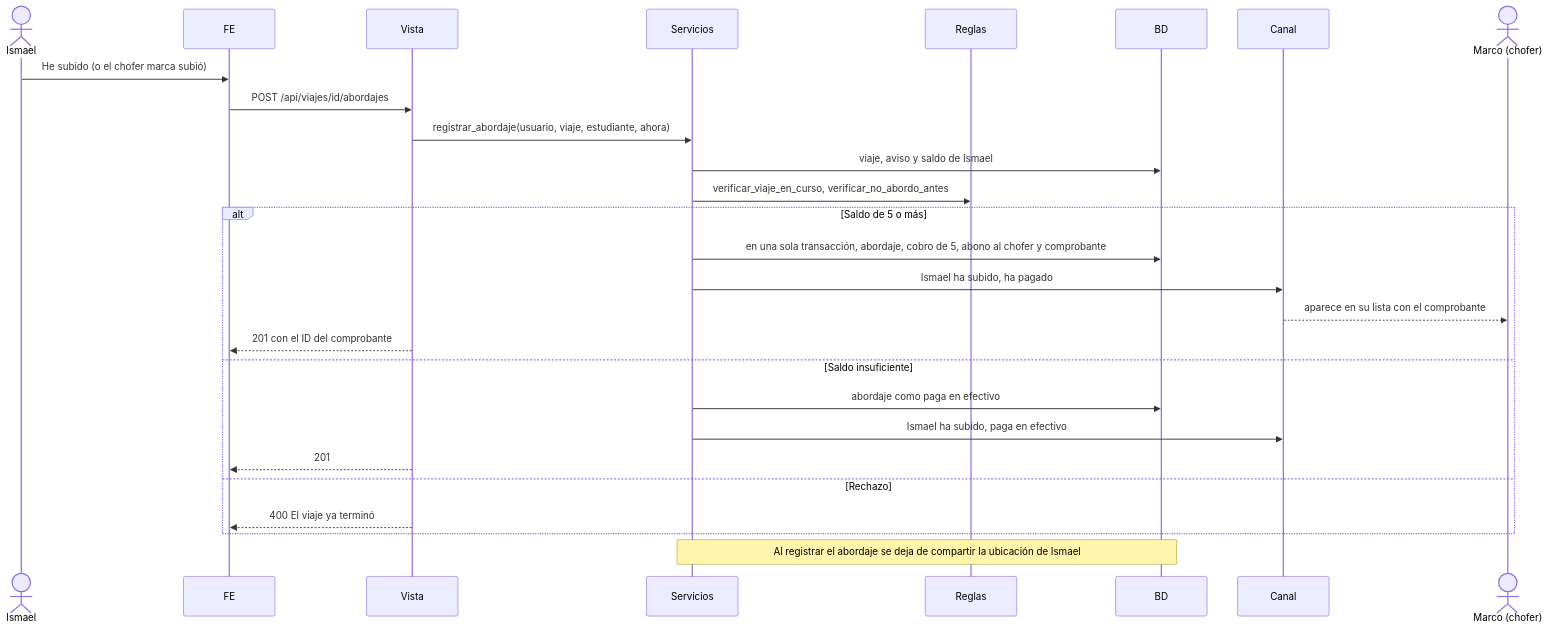
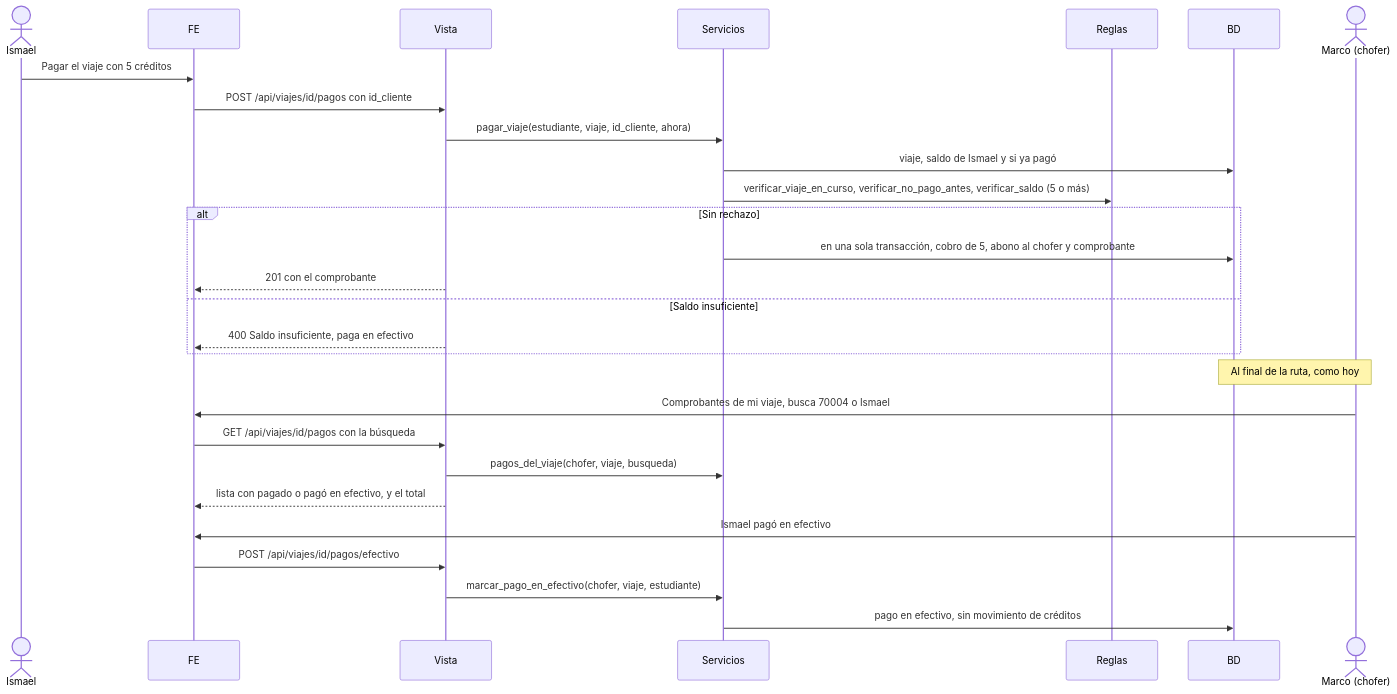
One commit to hugozuniga770/UPBus changed diagram 11 of 19 in docs/diagramas-secuencia.md. Above: the diagram before and after it, drawn with Mermaid. The commit also changed other lines of this file and 8 other files, not shown here.

````diff
--- a/docs/diagramas-secuencia.md
+++ b/docs/diagramas-secuencia.md
@@ -278,29 +305,30 @@
 ```mermaid
 sequenceDiagram
     actor E as Ismael
     participant FE
     participant V as Vista
     participant S as Servicios
     participant R as Reglas
     participant B as BD
-    participant W as Canal
     actor C as Marco (chofer)
-    E->>FE: He subido (o el chofer marca subió)
-    FE->>V: POST /api/viajes/id/abordajes
-    V->>S: registrar_abordaje(usuario, viaje, estudiante, ahora)
-    S->>B: viaje, aviso y saldo de Ismael
-    S->>R: verificar_viaje_en_curso, verificar_no_abordo_antes
-    alt Saldo de 5 o más
-        S->>B: en una sola transacción, abordaje, cobro de 5, abono al chofer y comprobante
-        S->>W: Ismael ha subido, ha pagado
-        W-->>C: aparece en su lista con el comprobante
-        V-->>FE: 201 con el ID del comprobante
+    E->>FE: Pagar el viaje con 5 créditos
+    FE->>V: POST /api/viajes/id/pagos con id_cliente
+    V->>S: pagar_viaje(estudiante, viaje, id_cliente, ahora)
+    S->>B: viaje, saldo de Ismael y si ya pagó
+    S->>R: verificar_viaje_en_curso, verificar_no_pago_antes, verificar_saldo (5 o más)
+    alt Sin rechazo
+        S->>B: en una sola transacción, cobro de 5, abono al chofer y comprobante
+        V-->>FE: 201 con el comprobante
     else Saldo insuficiente
-        S->>B: abordaje como paga en efectivo
-        S->>W: Ismael ha subido, paga en efectivo
-        V-->>FE: 201
-    else Rechazo
-        V-->>FE: 400 El viaje ya terminó
+        V-->>FE: 400 Saldo insuficiente, paga en efectivo
     end
-    Note over S,B: Al registrar el abordaje se deja de compartir la ubicación de Ismael
+    Note over C,B: Al final de la ruta, como hoy
+    C->>FE: Comprobantes de mi viaje, busca 70004 o Ismael
+    FE->>V: GET /api/viajes/id/pagos con la búsqueda
+    V->>S: pagos_del_viaje(chofer, viaje, busqueda)
+    V-->>FE: lista con pagado o pagó en efectivo, y el total
+    C->>FE: Ismael pagó en efectivo
+    FE->>V: POST /api/viajes/id/pagos/efectivo
+    V->>S: marcar_pago_en_efectivo(chofer, viaje, estudiante)
+    S->>B: pago en efectivo, sin movimiento de créditos
 ```
````
